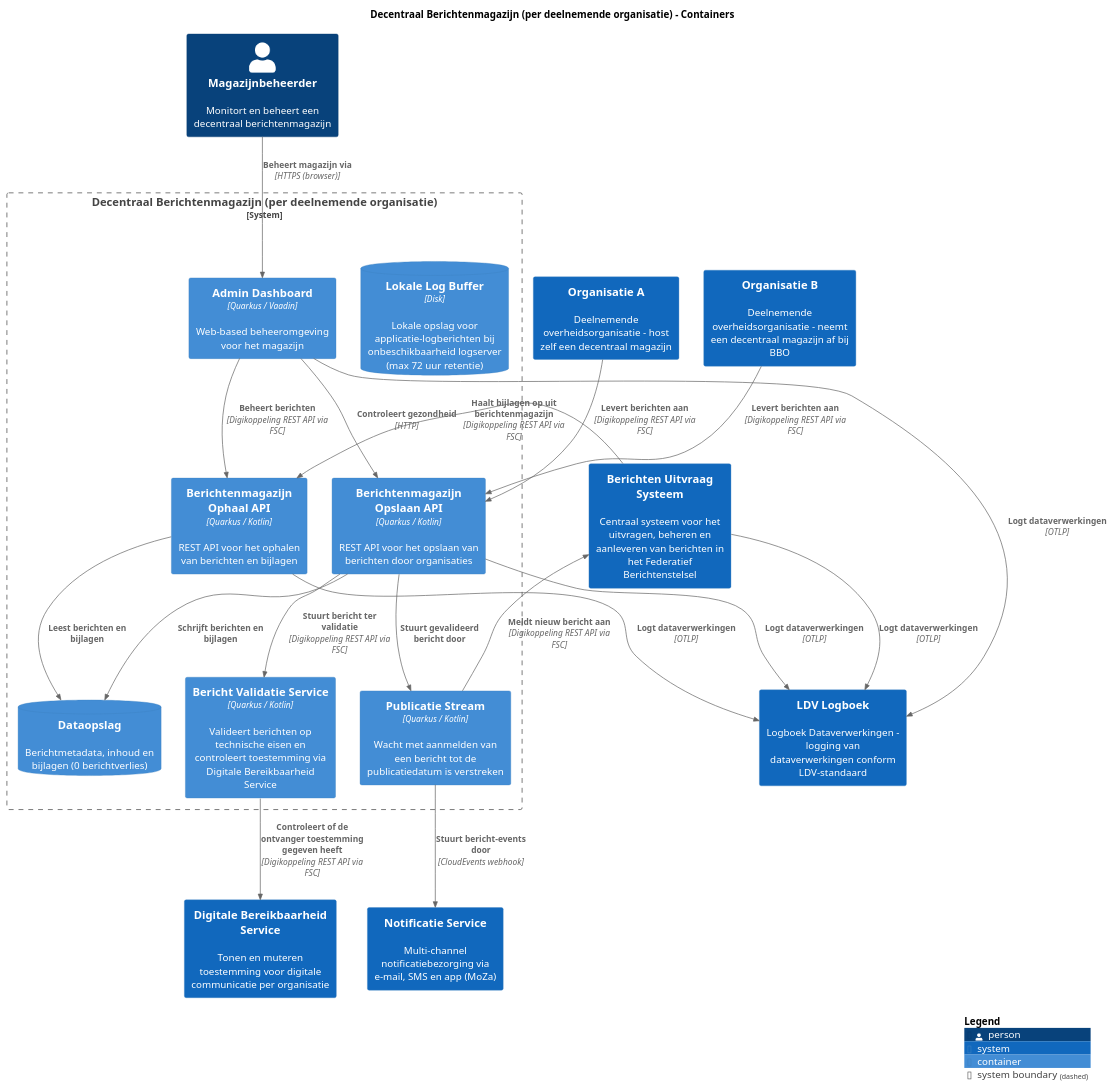
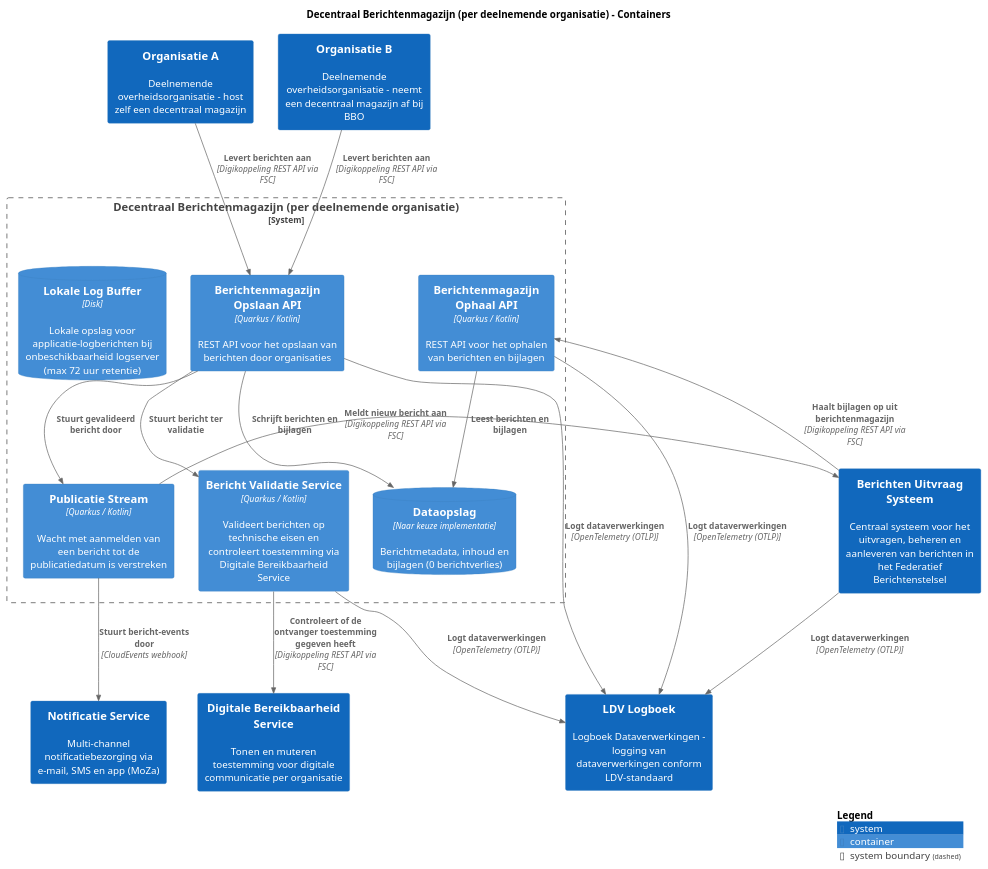
The diagram in pr-preview/pr-16/master/puml/DecentraalMagazijnContainers.puml (MinBZK/moza-poc-fbs-berichtenbox), drawn with PlantUML before and after one commit. The commit also changed 64 other files, not shown here.

```diff
--- a/pr-preview/pr-16/master/puml/DecentraalMagazijnContainers.puml
+++ b/pr-preview/pr-16/master/puml/DecentraalMagazijnContainers.puml
@@ -1,48 +1,43 @@
 @startuml
 set separator none
 title Decentraal Berichtenmagazijn (per deelnemende organisatie) - Containers
 
 top to bottom direction
 
 !include <C4/C4>
 !include <C4/C4_Context>
 !include <C4/C4_Container>
 
-Person(Magazijnbeheerder, "Magazijnbeheerder", $descr="Monitort en beheert een decentraal berichtenmagazijn", $tags="", $link="")
 System(NotificatieService, "Notificatie Service", $descr="Multi-channel notificatiebezorging via e-mail, SMS en app (MoZa)", $tags="", $link="")
 System(DigitaleBereikbaarheidService, "Digitale Bereikbaarheid Service", $descr="Tonen en muteren toestemming voor digitale communicatie per organisatie", $tags="", $link="")
 System(OrganisatieA, "Organisatie A", $descr="Deelnemende overheidsorganisatie - host zelf een decentraal magazijn", $tags="", $link="")
 System(OrganisatieB, "Organisatie B", $descr="Deelnemende overheidsorganisatie - neemt een decentraal magazijn af bij BBO", $tags="", $link="")
 System(BerichtenUitvraagSysteem, "Berichten Uitvraag Systeem", $descr="Centraal systeem voor het uitvragen, beheren en aanleveren van berichten in het Federatief Berichtenstelsel", $tags="", $link="")
 System(LDVLogboek, "LDV Logboek", $descr="Logboek Dataverwerkingen - logging van dataverwerkingen conform LDV-standaard", $tags="", $link="")
 
 System_Boundary("DecentraalBerichtenmagazijnperdeelnemendeorganisatie_boundary", "Decentraal Berichtenmagazijn (per deelnemende organisatie)", $tags="") {
   Container(DecentraalBerichtenmagazijnperdeelnemendeorganisatie.BerichtenmagazijnOphaalAPI, "Berichtenmagazijn Ophaal API", $techn="Quarkus / Kotlin", $descr="REST API voor het ophalen van berichten en bijlagen", $tags="", $link="")
   Container(DecentraalBerichtenmagazijnperdeelnemendeorganisatie.BerichtenmagazijnOpslaanAPI, "Berichtenmagazijn Opslaan API", $techn="Quarkus / Kotlin", $descr="REST API voor het opslaan van berichten door organisaties", $tags="", $link="")
   ContainerDb(DecentraalBerichtenmagazijnperdeelnemendeorganisatie.LokaleLogBuffer, "Lokale Log Buffer", $techn="Disk", $descr="Lokale opslag voor applicatie-logberichten bij onbeschikbaarheid logserver (max 72 uur retentie)", $tags="", $link="")
-  ContainerDb(DecentraalBerichtenmagazijnperdeelnemendeorganisatie.Dataopslag, "Dataopslag", $techn="", $descr="Berichtmetadata, inhoud en bijlagen (0 berichtverlies)", $tags="", $link="")
-  Container(DecentraalBerichtenmagazijnperdeelnemendeorganisatie.AdminDashboard, "Admin Dashboard", $techn="Quarkus / Vaadin", $descr="Web-based beheeromgeving voor het magazijn", $tags="", $link="")
+  ContainerDb(DecentraalBerichtenmagazijnperdeelnemendeorganisatie.Dataopslag, "Dataopslag", $techn="Naar keuze implementatie", $descr="Berichtmetadata, inhoud en bijlagen (0 berichtverlies)", $tags="", $link="")
   Container(DecentraalBerichtenmagazijnperdeelnemendeorganisatie.BerichtValidatieService, "Bericht Validatie Service", $techn="Quarkus / Kotlin", $descr="Valideert berichten op technische eisen en controleert toestemming via Digitale Bereikbaarheid Service", $tags="", $link="")
   Container(DecentraalBerichtenmagazijnperdeelnemendeorganisatie.PublicatieStream, "Publicatie Stream", $techn="Quarkus / Kotlin", $descr="Wacht met aanmelden van een bericht tot de publicatiedatum is verstreken", $tags="", $link="")
 }
 
-Rel(OrganisatieB, DecentraalBerichtenmagazijnperdeelnemendeorganisatie.BerichtenmagazijnOpslaanAPI, "Levert berichten aan", $techn="Digikoppeling REST API via FSC", $tags="", $link="")
-Rel(DecentraalBerichtenmagazijnperdeelnemendeorganisatie.BerichtValidatieService, DigitaleBereikbaarheidService, "Controleert of de ontvanger toestemming gegeven heeft", $techn="Digikoppeling REST API via FSC", $tags="", $link="")
-Rel(DecentraalBerichtenmagazijnperdeelnemendeorganisatie.BerichtenmagazijnOphaalAPI, LDVLogboek, "Logt dataverwerkingen", $techn="OTLP", $tags="", $link="")
-Rel(DecentraalBerichtenmagazijnperdeelnemendeorganisatie.BerichtenmagazijnOpslaanAPI, LDVLogboek, "Logt dataverwerkingen", $techn="OTLP", $tags="", $link="")
-Rel(BerichtenUitvraagSysteem, LDVLogboek, "Logt dataverwerkingen", $techn="OTLP", $tags="", $link="")
-Rel(DecentraalBerichtenmagazijnperdeelnemendeorganisatie.AdminDashboard, LDVLogboek, "Logt dataverwerkingen", $techn="OTLP", $tags="", $link="")
+Rel(DecentraalBerichtenmagazijnperdeelnemendeorganisatie.BerichtenmagazijnOpslaanAPI, LDVLogboek, "Logt dataverwerkingen", $techn="OpenTelemetry (OTLP)", $tags="", $link="")
+Rel(DecentraalBerichtenmagazijnperdeelnemendeorganisatie.BerichtValidatieService, LDVLogboek, "Logt dataverwerkingen", $techn="OpenTelemetry (OTLP)", $tags="", $link="")
+Rel(BerichtenUitvraagSysteem, LDVLogboek, "Logt dataverwerkingen", $techn="OpenTelemetry (OTLP)", $tags="", $link="")
 Rel(DecentraalBerichtenmagazijnperdeelnemendeorganisatie.BerichtenmagazijnOphaalAPI, DecentraalBerichtenmagazijnperdeelnemendeorganisatie.Dataopslag, "Leest berichten en bijlagen", $techn="", $tags="", $link="")
 Rel(DecentraalBerichtenmagazijnperdeelnemendeorganisatie.BerichtenmagazijnOpslaanAPI, DecentraalBerichtenmagazijnperdeelnemendeorganisatie.Dataopslag, "Schrijft berichten en bijlagen", $techn="", $tags="", $link="")
-Rel(DecentraalBerichtenmagazijnperdeelnemendeorganisatie.BerichtenmagazijnOpslaanAPI, DecentraalBerichtenmagazijnperdeelnemendeorganisatie.BerichtValidatieService, "Stuurt bericht ter validatie", $techn="Digikoppeling REST API via FSC", $tags="", $link="")
-Rel(DecentraalBerichtenmagazijnperdeelnemendeorganisatie.AdminDashboard, DecentraalBerichtenmagazijnperdeelnemendeorganisatie.BerichtenmagazijnOphaalAPI, "Beheert berichten", $techn="Digikoppeling REST API via FSC", $tags="", $link="")
-Rel(DecentraalBerichtenmagazijnperdeelnemendeorganisatie.AdminDashboard, DecentraalBerichtenmagazijnperdeelnemendeorganisatie.BerichtenmagazijnOpslaanAPI, "Controleert gezondheid", $techn="HTTP", $tags="", $link="")
+Rel(DecentraalBerichtenmagazijnperdeelnemendeorganisatie.BerichtenmagazijnOpslaanAPI, DecentraalBerichtenmagazijnperdeelnemendeorganisatie.BerichtValidatieService, "Stuurt bericht ter validatie", $techn="", $tags="", $link="")
 Rel(DecentraalBerichtenmagazijnperdeelnemendeorganisatie.BerichtenmagazijnOpslaanAPI, DecentraalBerichtenmagazijnperdeelnemendeorganisatie.PublicatieStream, "Stuurt gevalideerd bericht door", $techn="", $tags="", $link="")
 Rel(BerichtenUitvraagSysteem, DecentraalBerichtenmagazijnperdeelnemendeorganisatie.BerichtenmagazijnOphaalAPI, "Haalt bijlagen op uit berichtenmagazijn", $techn="Digikoppeling REST API via FSC", $tags="", $link="")
-Rel(Magazijnbeheerder, DecentraalBerichtenmagazijnperdeelnemendeorganisatie.AdminDashboard, "Beheert magazijn via", $techn="HTTPS (browser)", $tags="", $link="")
 Rel(DecentraalBerichtenmagazijnperdeelnemendeorganisatie.PublicatieStream, BerichtenUitvraagSysteem, "Meldt nieuw bericht aan", $techn="Digikoppeling REST API via FSC", $tags="", $link="")
 Rel(DecentraalBerichtenmagazijnperdeelnemendeorganisatie.PublicatieStream, NotificatieService, "Stuurt bericht-events door", $techn="CloudEvents webhook", $tags="", $link="")
 Rel(OrganisatieA, DecentraalBerichtenmagazijnperdeelnemendeorganisatie.BerichtenmagazijnOpslaanAPI, "Levert berichten aan", $techn="Digikoppeling REST API via FSC", $tags="", $link="")
+Rel(OrganisatieB, DecentraalBerichtenmagazijnperdeelnemendeorganisatie.BerichtenmagazijnOpslaanAPI, "Levert berichten aan", $techn="Digikoppeling REST API via FSC", $tags="", $link="")
+Rel(DecentraalBerichtenmagazijnperdeelnemendeorganisatie.BerichtValidatieService, DigitaleBereikbaarheidService, "Controleert of de ontvanger toestemming gegeven heeft", $techn="Digikoppeling REST API via FSC", $tags="", $link="")
+Rel(DecentraalBerichtenmagazijnperdeelnemendeorganisatie.BerichtenmagazijnOphaalAPI, LDVLogboek, "Logt dataverwerkingen", $techn="OpenTelemetry (OTLP)", $tags="", $link="")
 
 SHOW_LEGEND(true)
 @enduml
```
